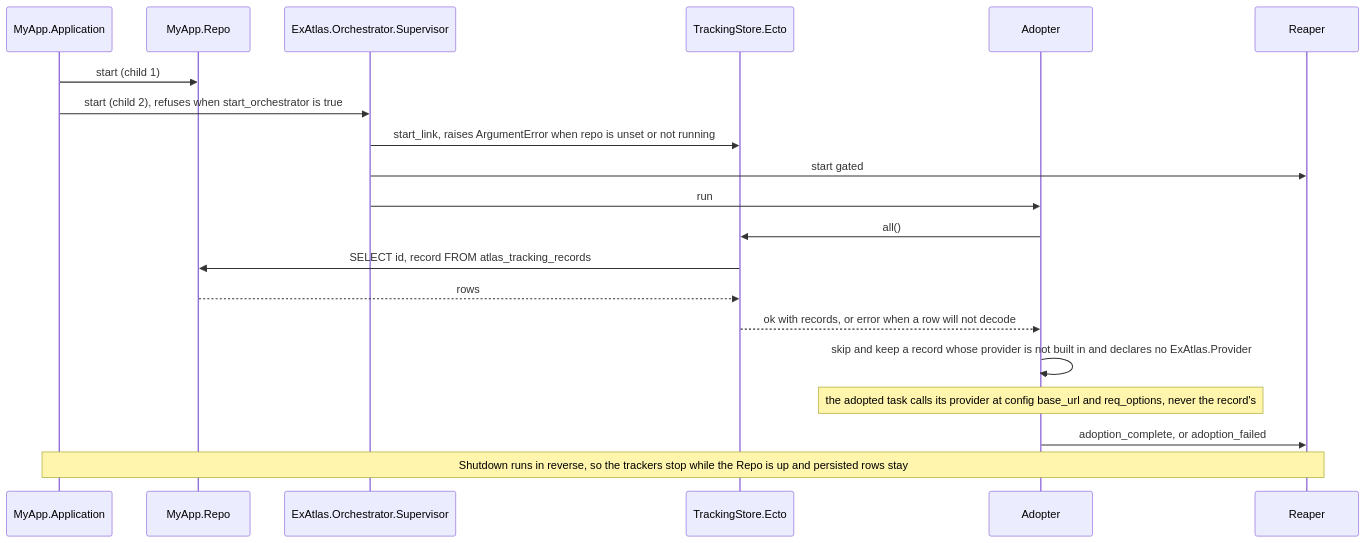
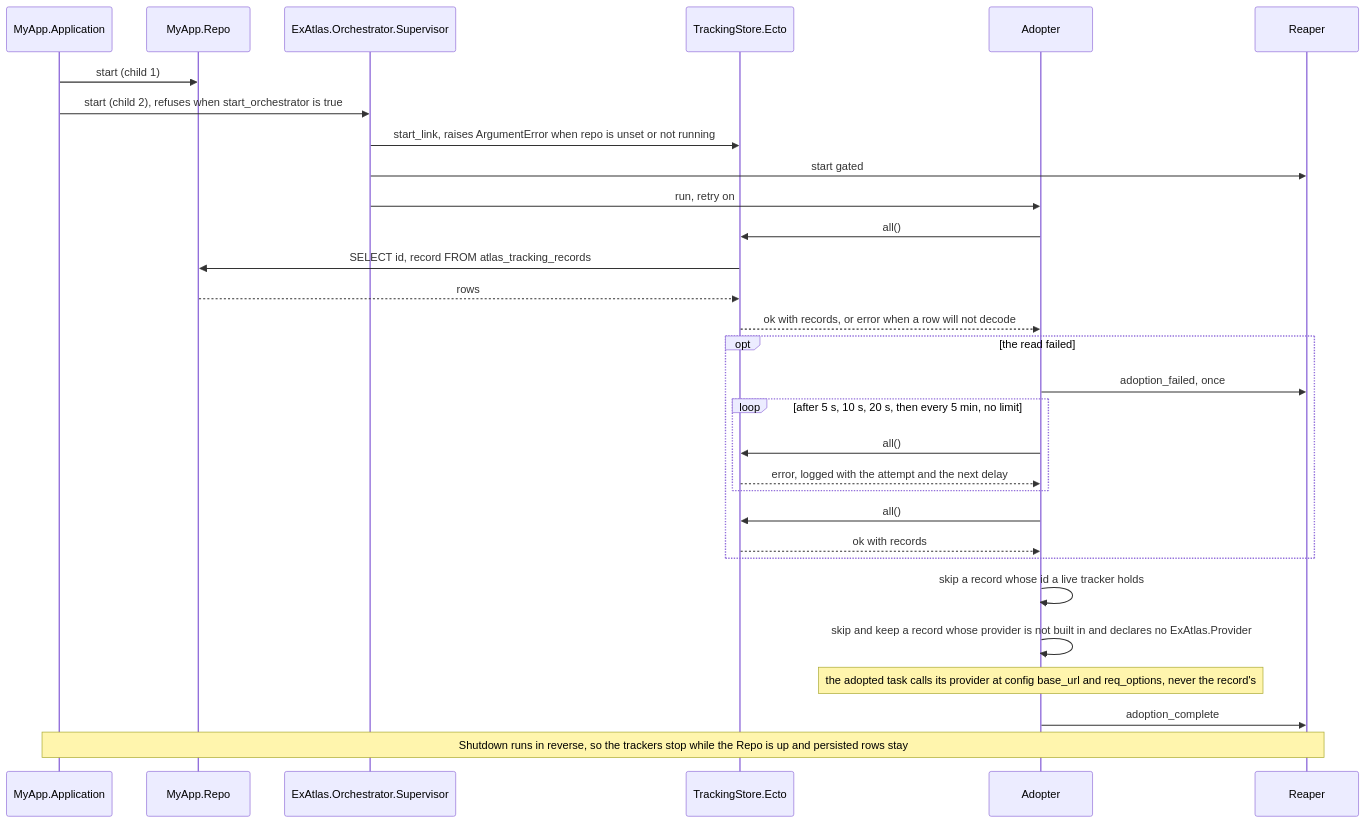
One commit to udin-io/ex_atlas changed the first of 16 diagrams in docs/architecture.md. Above: the diagram before and after it, drawn with Mermaid. The commit also changed other lines of this file and 5 other files, not shown here.

Commit message:
docs: risk 4, roadmap, architecture, decisions and CHANGELOG for the Adopter's retry, refs #155

````diff
--- a/docs/architecture.md
+++ b/docs/architecture.md
@@ -74,22 +74,32 @@
 ```mermaid
 sequenceDiagram
   participant Host as MyApp.Application
   participant Repo as MyApp.Repo
   participant Sup as ExAtlas.Orchestrator.Supervisor
   participant Store as TrackingStore.Ecto
   participant Adopter as Adopter
   participant Reaper as Reaper
   Host->>Repo: start (child 1)
   Host->>Sup: start (child 2), refuses when start_orchestrator is true
   Sup->>Store: start_link, raises ArgumentError when repo is unset or not running
   Sup->>Reaper: start gated
-  Sup->>Adopter: run
+  Sup->>Adopter: run, retry on
   Adopter->>Store: all()
   Store->>Repo: SELECT id, record FROM atlas_tracking_records
   Repo-->>Store: rows
   Store-->>Adopter: ok with records, or error when a row will not decode
+  opt the read failed
+    Adopter->>Reaper: adoption_failed, once
+    loop after 5 s, 10 s, 20 s, then every 5 min, no limit
+      Adopter->>Store: all()
+      Store-->>Adopter: error, logged with the attempt and the next delay
+    end
+    Adopter->>Store: all()
+    Store-->>Adopter: ok with records
+  end
+  Adopter->>Adopter: skip a record whose id a live tracker holds
   Adopter->>Adopter: skip and keep a record whose provider is not built in and declares no ExAtlas.Provider
   Note over Adopter: the adopted task calls its provider at config base_url and req_options, never the record's
-  Adopter->>Reaper: adoption_complete, or adoption_failed
+  Adopter->>Reaper: adoption_complete
   Note over Host,Reaper: Shutdown runs in reverse, so the trackers stop while the Repo is up and persisted rows stay
 ```
````
